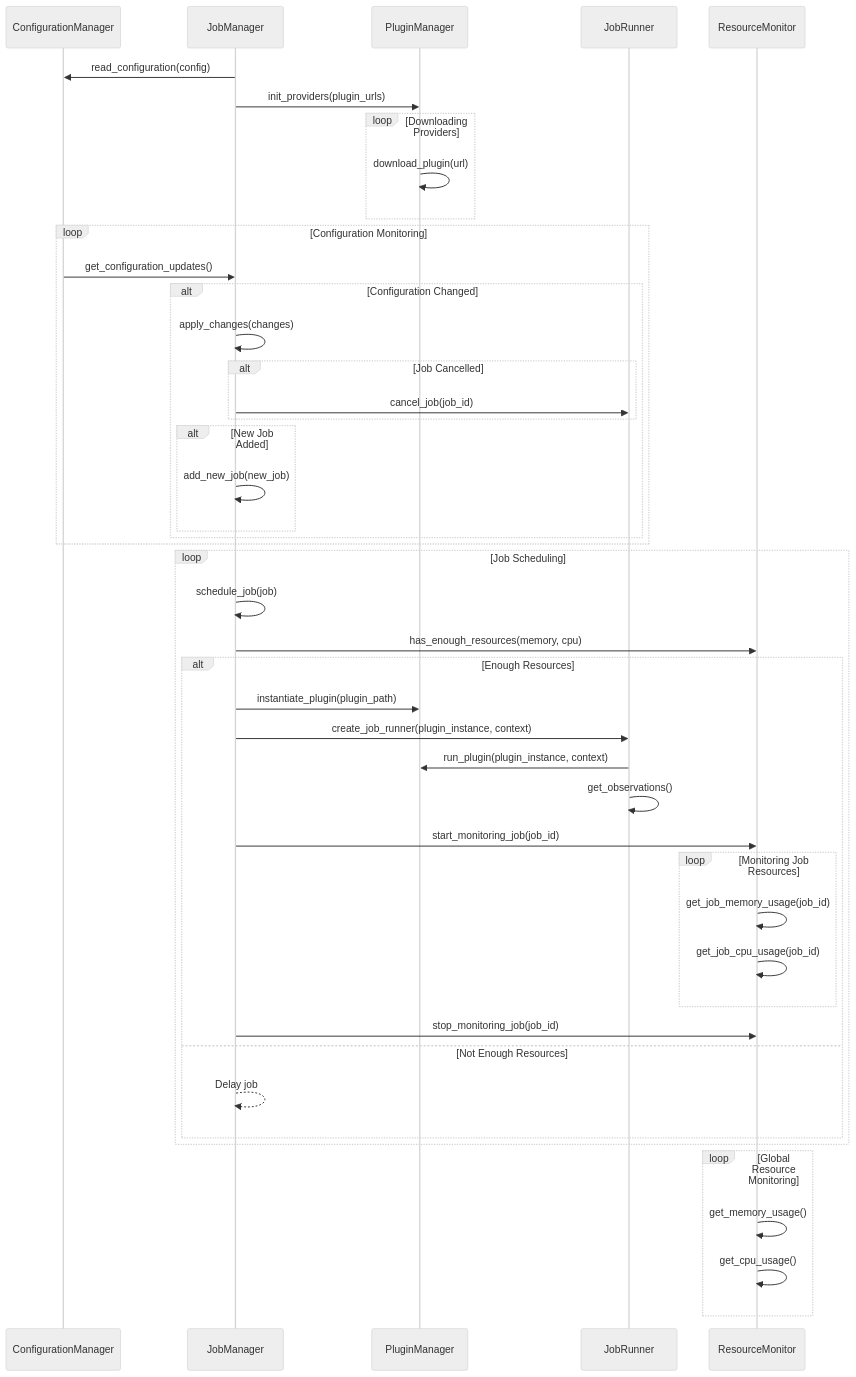
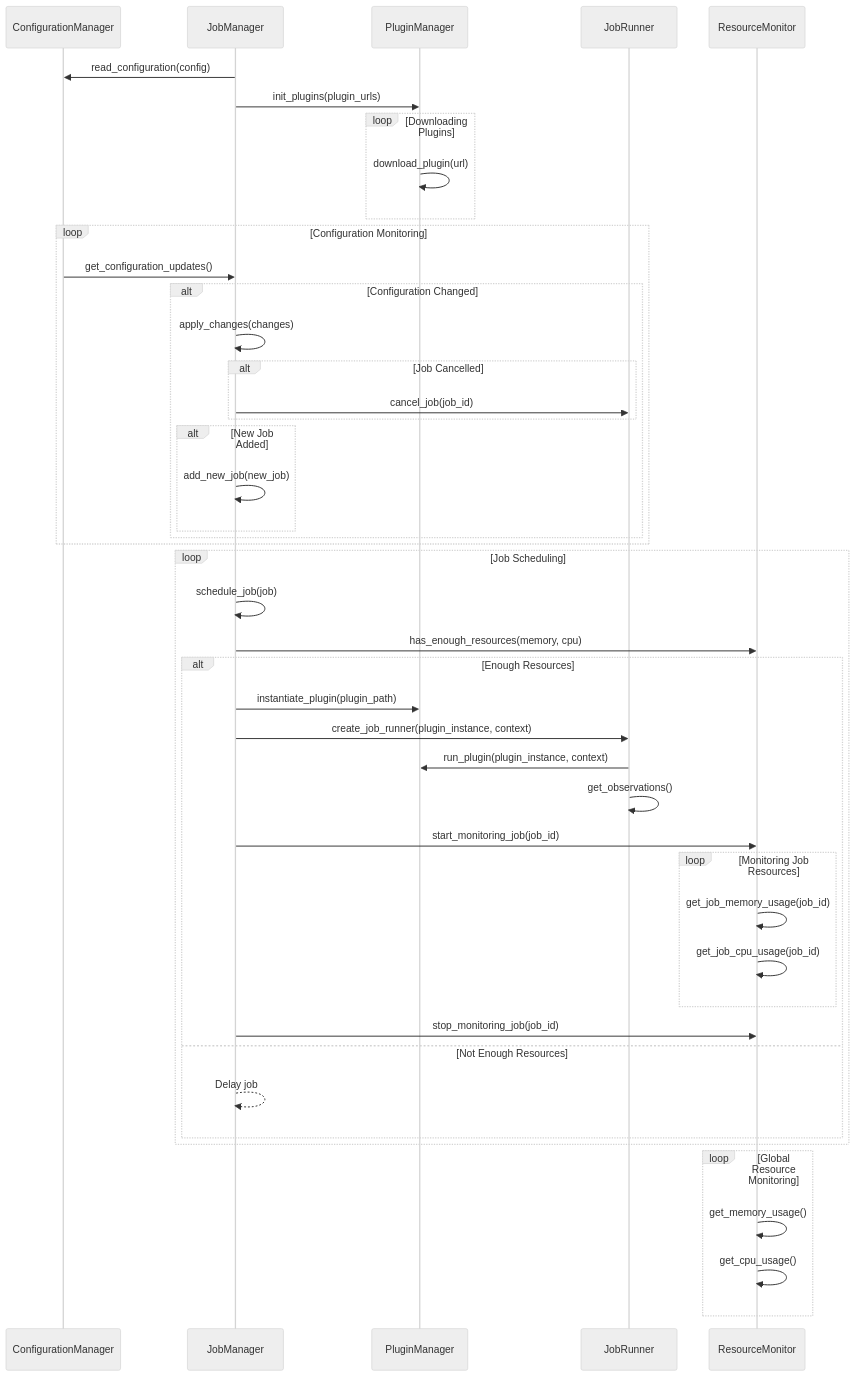
Before and after one commit to compliance-framework/docs: the diagram in docs/architecture/assessment-runtime/job-runner.md, drawn with Mermaid (neutral theme). The commit also changed other lines of this file and 3 other files, not shown here.

````diff
--- a/docs/architecture/assessment-runtime/job-runner.md
+++ b/docs/architecture/assessment-runtime/job-runner.md
@@ -7,48 +7,48 @@
 ```mermaid
 sequenceDiagram
     participant CM as ConfigurationManager
     participant JM as JobManager
     participant PM as PluginManager
     participant JR as JobRunner
     participant RM as ResourceMonitor
 
     JM->>CM: read_configuration(config)
-    JM->>PM: init_providers(plugin_urls)
-    loop Downloading Providers
+    JM->>PM: init_plugins(plugin_urls)
+    loop Downloading Plugins
         PM->>PM: download_plugin(url)
     end
     loop Configuration Monitoring
         CM->>JM: get_configuration_updates()
         alt Configuration Changed
             JM->>JM: apply_changes(changes)
             alt Job Cancelled
                 JM->>JR: cancel_job(job_id)
             end
             alt New Job Added
                 JM->>JM: add_new_job(new_job)
             end
         end
     end
     loop Job Scheduling
         JM->>JM: schedule_job(job)
         JM->>RM: has_enough_resources(memory, cpu)
         alt Enough Resources
             JM->>PM: instantiate_plugin(plugin_path)
             JM->>JR: create_job_runner(plugin_instance, context)
             JR->>PM: run_plugin(plugin_instance, context)
             JR->>JR: get_observations()
             JM->>RM: start_monitoring_job(job_id)
             loop Monitoring Job Resources
                 RM->>RM: get_job_memory_usage(job_id)
                 RM->>RM: get_job_cpu_usage(job_id)
             end
             JM->>RM: stop_monitoring_job(job_id)
         else Not Enough Resources
             JM-->>JM: Delay job
         end
     end
     loop Global Resource Monitoring
         RM->>RM: get_memory_usage()
         RM->>RM: get_cpu_usage()
     end
 ```
````
